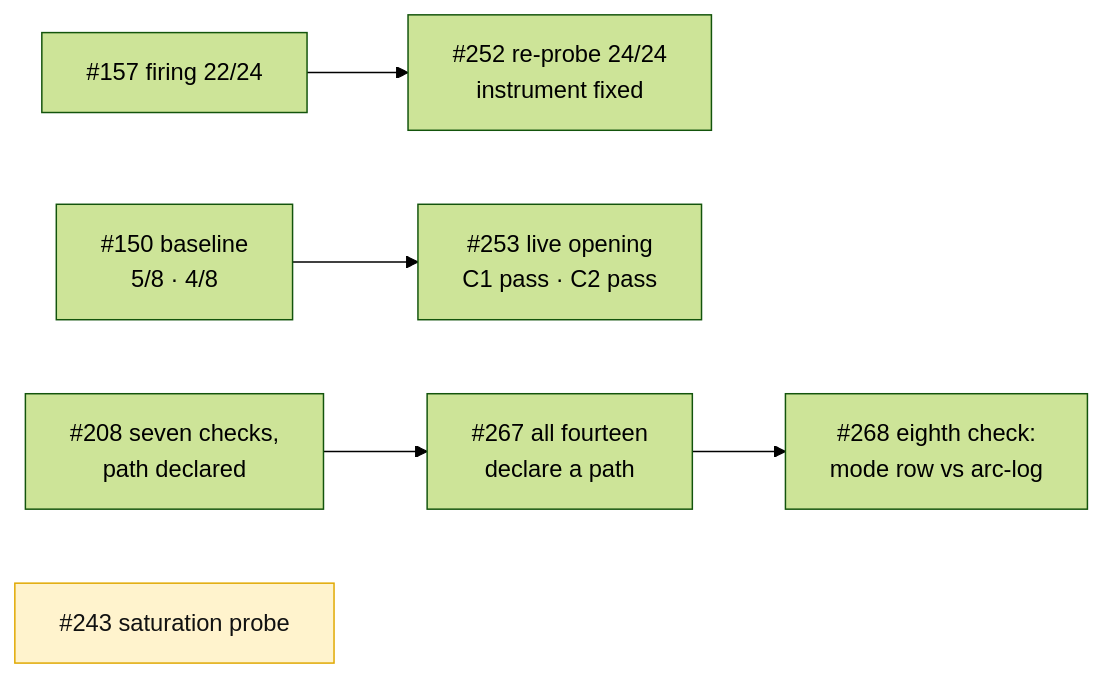
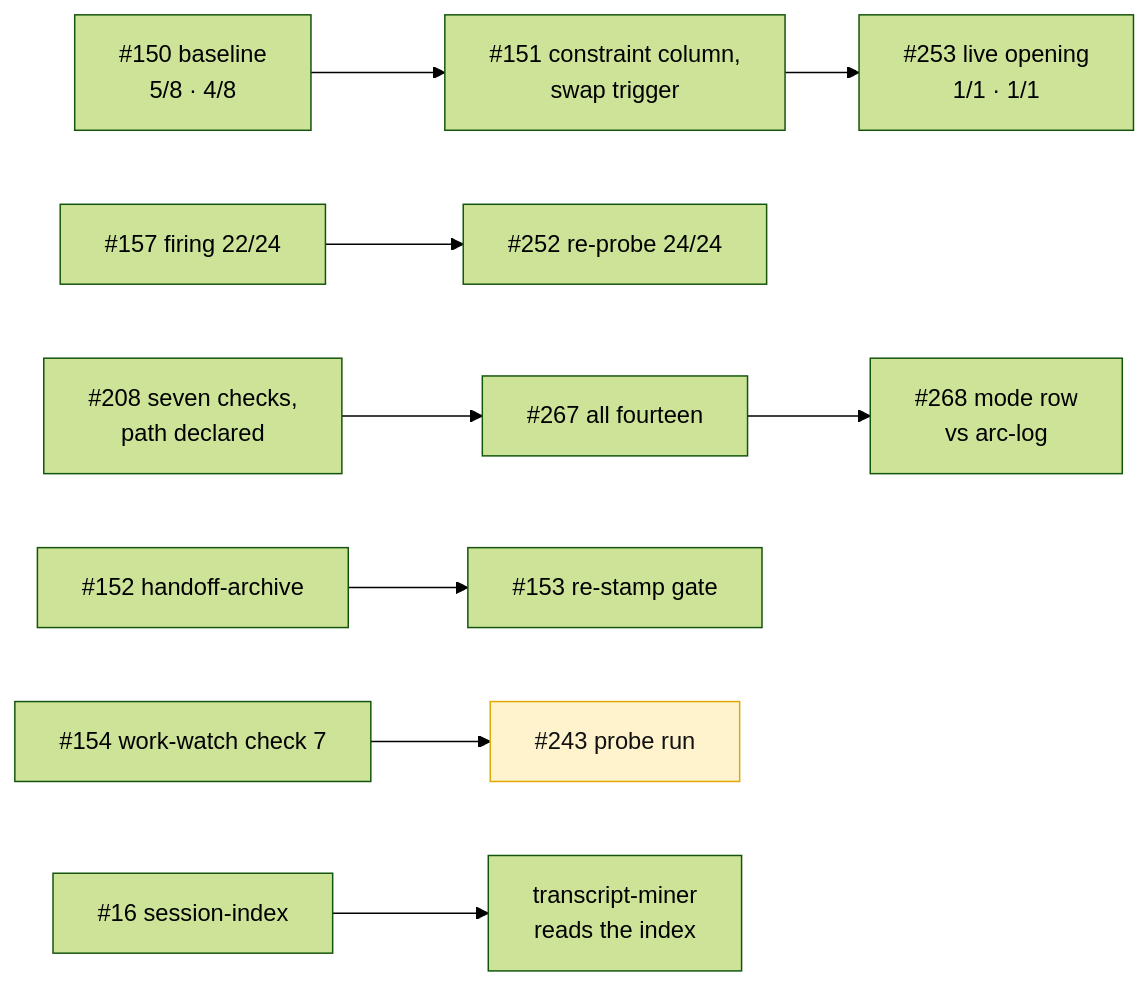
Before and after one commit to Calyx-Engineering/arc: the fifth of 7 diagrams in docs/arc-log/arc-04-dogfood.md, drawn with Mermaid (forest theme). The commit also changed other lines of this file and 2 other files, not shown here.

First line of the commit message:
docs: Handoff's one report, reviewed; the -newer check excludes the writer's own transcript; friction log

````diff
--- a/docs/arc-log/arc-04-dogfood.md
+++ b/docs/arc-log/arc-04-dogfood.md
@@ -482,9 +438,11 @@
 ```mermaid
 flowchart LR
-    A["#157 firing 22/24"] --> B["#252 re-probe 24/24<br/>instrument fixed"]
-    C["#150 baseline<br/>5/8 · 4/8"] --> D["#253 live opening<br/>C1 pass · C2 pass"]
-    E["#208 seven checks,<br/>path declared"] --> F["#267 all fourteen<br/>declare a path"]
-    F --> G["#268 eighth check:<br/>mode row vs arc-log"]
-    H["#243 saturation probe"]:::blocked
+    A["#150 baseline<br/>5/8 · 4/8"] --> B["#151 constraint column,<br/>swap trigger"]
+    B --> D["#253 live opening<br/>1/1 · 1/1"]
+    S["#157 firing 22/24"] --> R["#252 re-probe 24/24"]
+    E["#208 seven checks,<br/>path declared"] --> F["#267 all fourteen"] --> G["#268 mode row<br/>vs arc-log"]
+    C["#152 handoff-archive"] --> T["#153 re-stamp gate"]
+    W["#154 work-watch check 7"] --> P["#243 probe run"]:::blocked
+    X["#16 session-index"] --> M["transcript-miner<br/>reads the index"]
     classDef blocked fill:#fff3cd,stroke:#e0a800,color:#111
 ```
````
